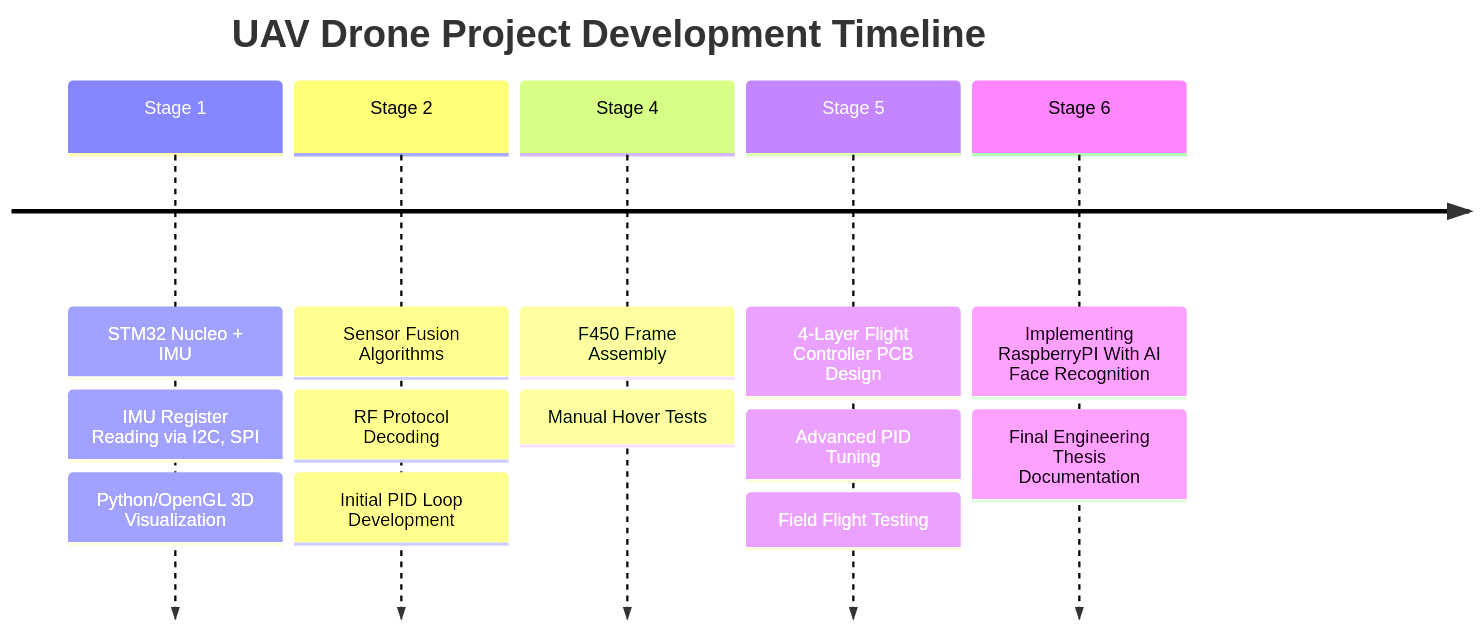
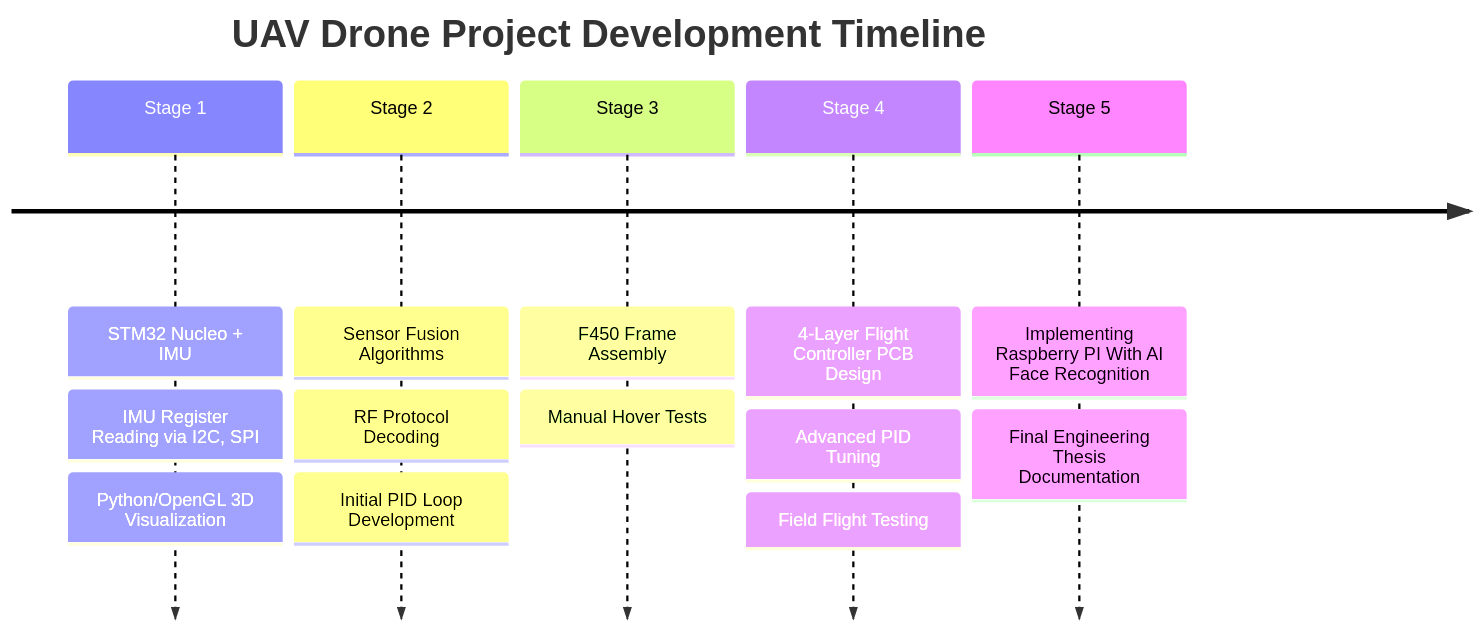
The second of 2 diagrams in README.md (dominik-stanczyk/STM32-UAV-Quadcopter), drawn with Mermaid before and after one commit. The commit also changed other lines of this file, not shown here.

Commit message:
fix: fix typos

````diff
--- a/README.md
+++ b/README.md
@@ -54,9 +54,9 @@
 ```mermaid
 timeline
     title UAV Drone Project Development Timeline
     Stage 1 : STM32 Nucleo + IMU : IMU Register Reading via I2C, SPI : Python/OpenGL 3D Visualization
     Stage 2 : Sensor Fusion Algorithms : RF Protocol Decoding : Initial PID Loop Development
-    Stage 4 : F450 Frame Assembly : Manual Hover Tests
-    Stage 5 : 4-Layer Flight Controller PCB Design : Advanced PID Tuning : Field Flight Testing
-    Stage 6 : Implementing RaspberryPI With AI Face Recognition : Final Engineering Thesis Documentation
+    Stage 3 : F450 Frame Assembly : Manual Hover Tests
+    Stage 4 : 4-Layer Flight Controller PCB Design : Advanced PID Tuning : Field Flight Testing
+    Stage 5 : Implementing Raspberry PI With AI Face Recognition : Final Engineering Thesis Documentation
 ```
````
